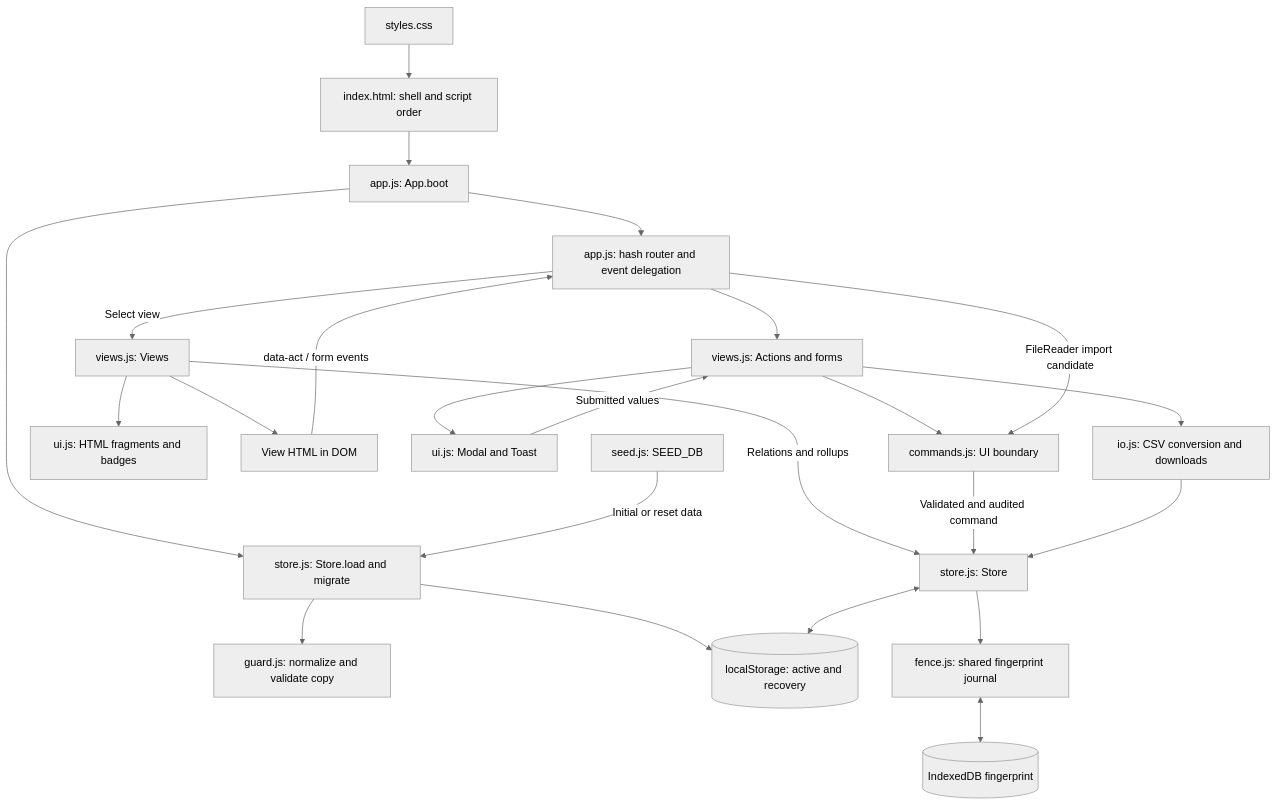
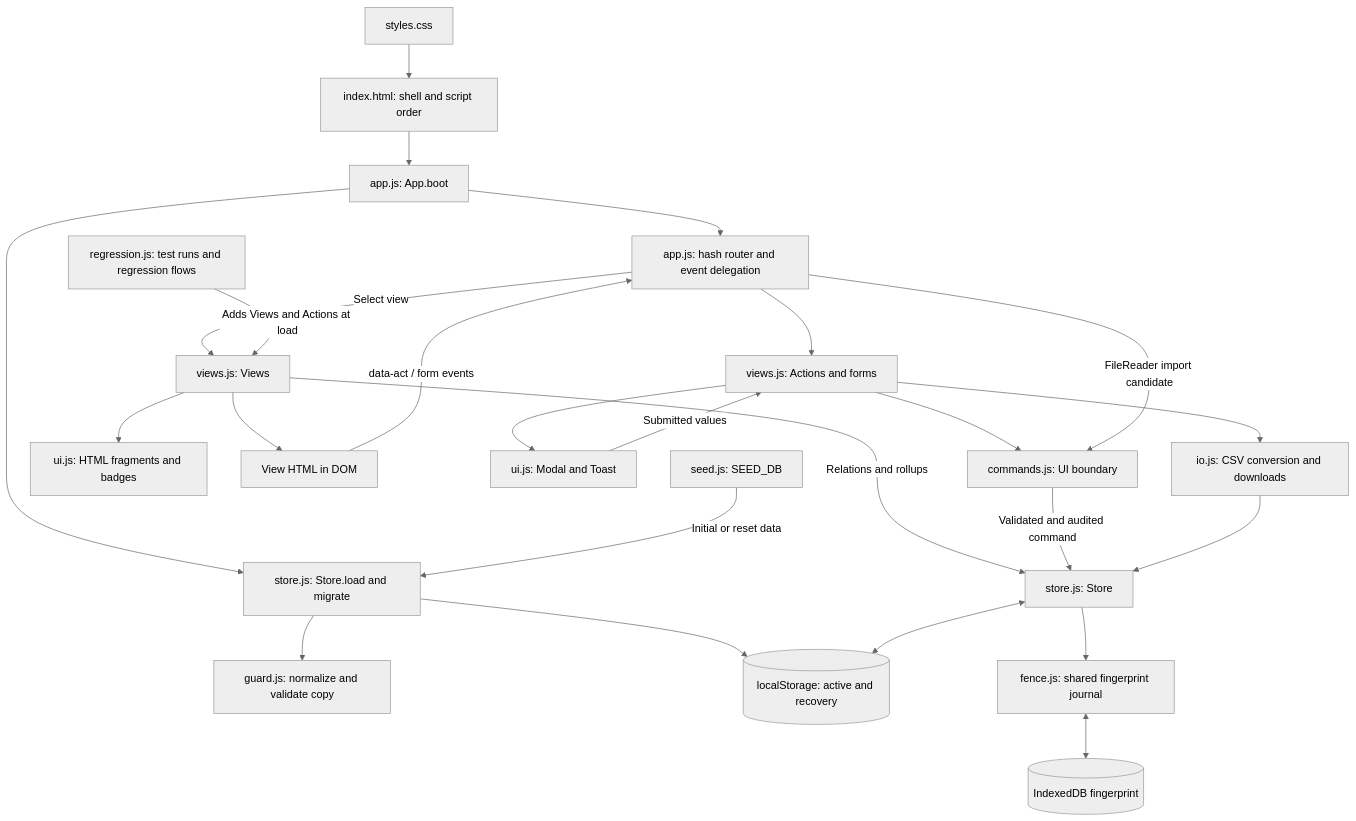
Before and after one commit to the6thdimension/MSM-1-Console: the second of 6 diagrams in docs/ARCHITECTURE.md, drawn with Mermaid (neutral theme). The commit also changed other lines of this file and 16 other files, not shown here.

First line of the commit message:
Regression testing: test run sessions, full-system regression, subcomponents

````diff
--- a/docs/ARCHITECTURE.md
+++ b/docs/ARCHITECTURE.md
@@ -30,26 +30,27 @@
 ```mermaid
 flowchart TD
   HTML[index.html: shell and script order] --> Boot[app.js: App.boot]
   CSS[styles.css] --> HTML
   Boot --> Load[store.js: Store.load and migrate]
   Seed[seed.js: SEED_DB] -->|Initial or reset data| Load
   Load --> Guard[guard.js: normalize and validate copy]
   Load --> Storage[(localStorage: active and recovery)]
   Boot --> Router[app.js: hash router and event delegation]
   Router -->|Select view| Views[views.js: Views]
+  Regression[regression.js: test runs and regression flows] -->|Adds Views and Actions at load| Views
   Views -->|Relations and rollups| Store[store.js: Store]
   Views --> UI[ui.js: HTML fragments and badges]
   Views --> DOM[View HTML in DOM]
   DOM -->|data-act / form events| Router
   Router --> Actions[views.js: Actions and forms]
   Actions --> Modal[ui.js: Modal and Toast]
   Modal -->|Submitted values| Actions
   Actions --> Commands[commands.js: UI boundary]
   Commands -->|Validated and audited command| Store
   Store --> Fence[fence.js: shared fingerprint journal]
   Fence <--> Journal[(IndexedDB fingerprint)]
   Actions --> IO[io.js: CSV conversion and downloads]
   IO --> Store
   Store <--> Storage
   Router -->|FileReader import candidate| Commands
 ```
````
